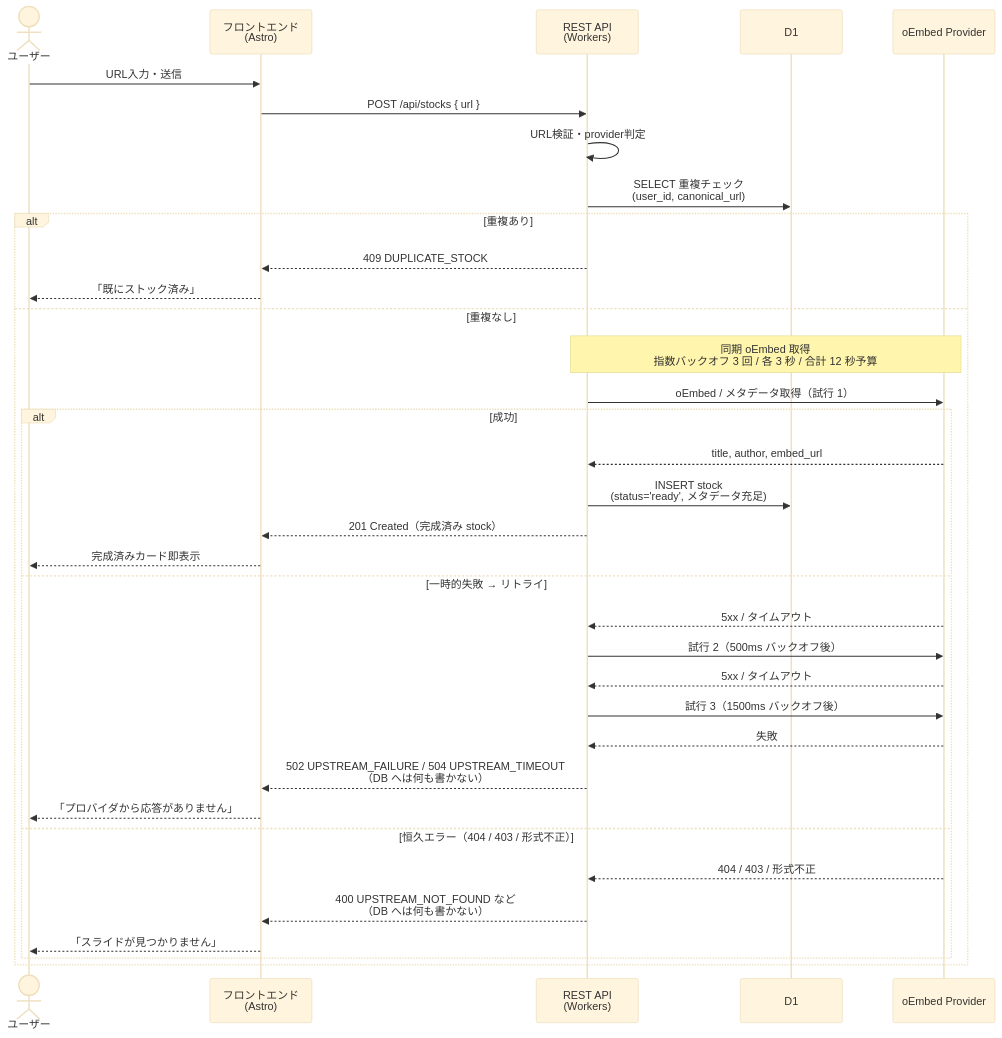
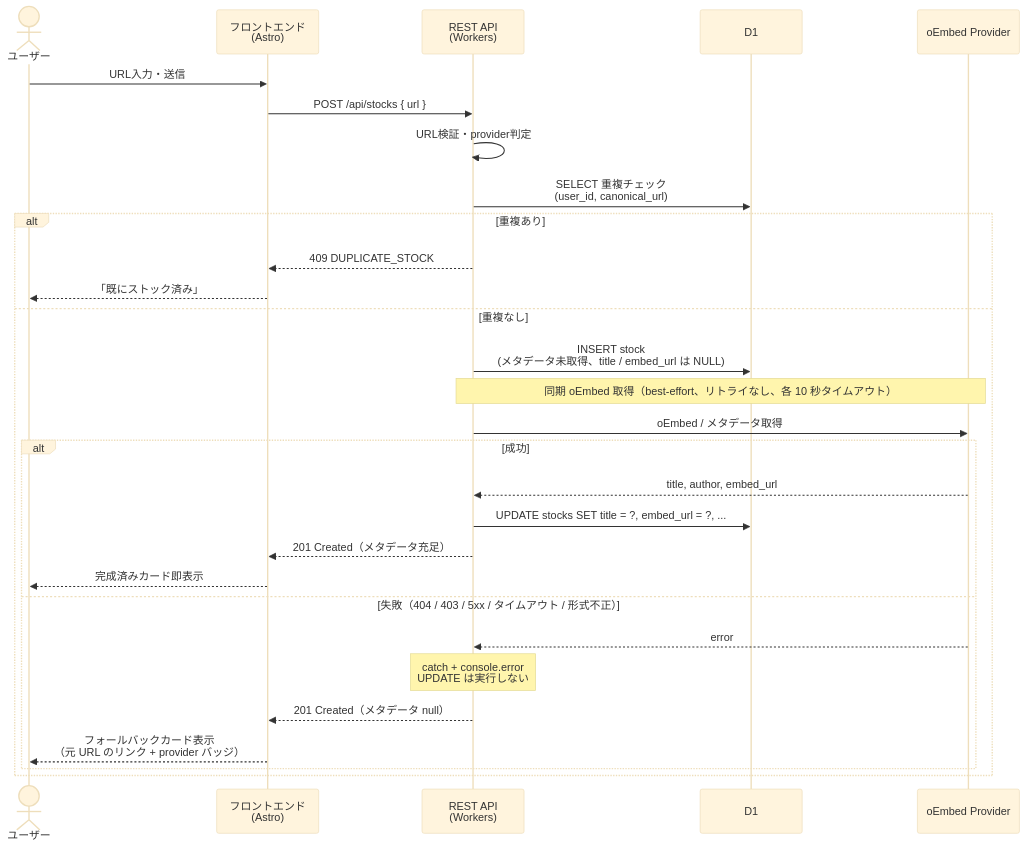
The second of 4 diagrams in docs/architecture.md (gorou-178/slide-stock), drawn with Mermaid (base theme) before and after one commit. The commit also changed other lines of this file and 4 other files, not shown here.

````diff
--- a/docs/architecture.md
+++ b/docs/architecture.md
@@ -48,38 +48,32 @@
 ```mermaid
 sequenceDiagram
     actor User as ユーザー
     participant FE as フロントエンド<br/>(Astro)
     participant API as REST API<br/>(Workers)
     participant D1 as D1
     participant P as oEmbed Provider
 
     User->>FE: URL入力・送信
     FE->>API: POST /api/stocks { url }
     API->>API: URL検証・provider判定
     API->>D1: SELECT 重複チェック<br/>(user_id, canonical_url)
     alt 重複あり
         API-->>FE: 409 DUPLICATE_STOCK
         FE-->>User: 「既にストック済み」
     else 重複なし
-        Note over API,P: 同期 oEmbed 取得<br/>指数バックオフ 3 回 / 各 3 秒 / 合計 12 秒予算
-        API->>P: oEmbed / メタデータ取得（試行 1）
+        API->>D1: INSERT stock<br/>(メタデータ未取得、title / embed_url は NULL)
+        Note over API,P: 同期 oEmbed 取得（best-effort、リトライなし、各 10 秒タイムアウト）
+        API->>P: oEmbed / メタデータ取得
         alt 成功
             P-->>API: title, author, embed_url
-            API->>D1: INSERT stock<br/>(status='ready', メタデータ充足)
-            API-->>FE: 201 Created（完成済み stock）
+            API->>D1: UPDATE stocks SET title = ?, embed_url = ?, ...
+            API-->>FE: 201 Created（メタデータ充足）
             FE-->>User: 完成済みカード即表示
-        else 一時的失敗 → リトライ
-            P-->>API: 5xx / タイムアウト
-            API->>P: 試行 2（500ms バックオフ後）
-            P-->>API: 5xx / タイムアウト
-            API->>P: 試行 3（1500ms バックオフ後）
-            P-->>API: 失敗
-            API-->>FE: 502 UPSTREAM_FAILURE / 504 UPSTREAM_TIMEOUT<br/>（DB へは何も書かない）
-            FE-->>User: 「プロバイダから応答がありません」
-        else 恒久エラー（404 / 403 / 形式不正）
-            P-->>API: 404 / 403 / 形式不正
-            API-->>FE: 400 UPSTREAM_NOT_FOUND など<br/>（DB へは何も書かない）
-            FE-->>User: 「スライドが見つかりません」
+        else 失敗（404 / 403 / 5xx / タイムアウト / 形式不正）
+            P-->>API: error
+            Note over API: catch + console.error<br/>UPDATE は実行しない
+            API-->>FE: 201 Created（メタデータ null）
+            FE-->>User: フォールバックカード表示<br/>（元 URL のリンク + provider バッジ）
         end
     end
 ```
````
